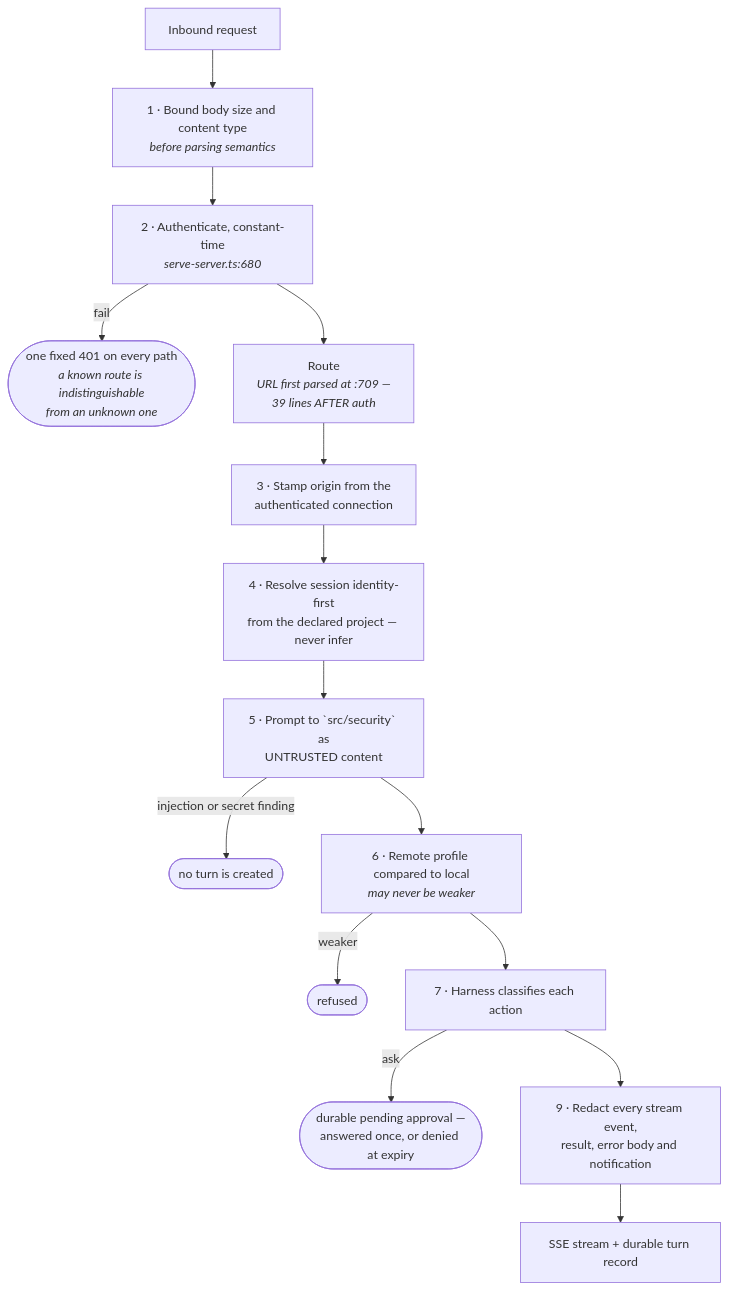
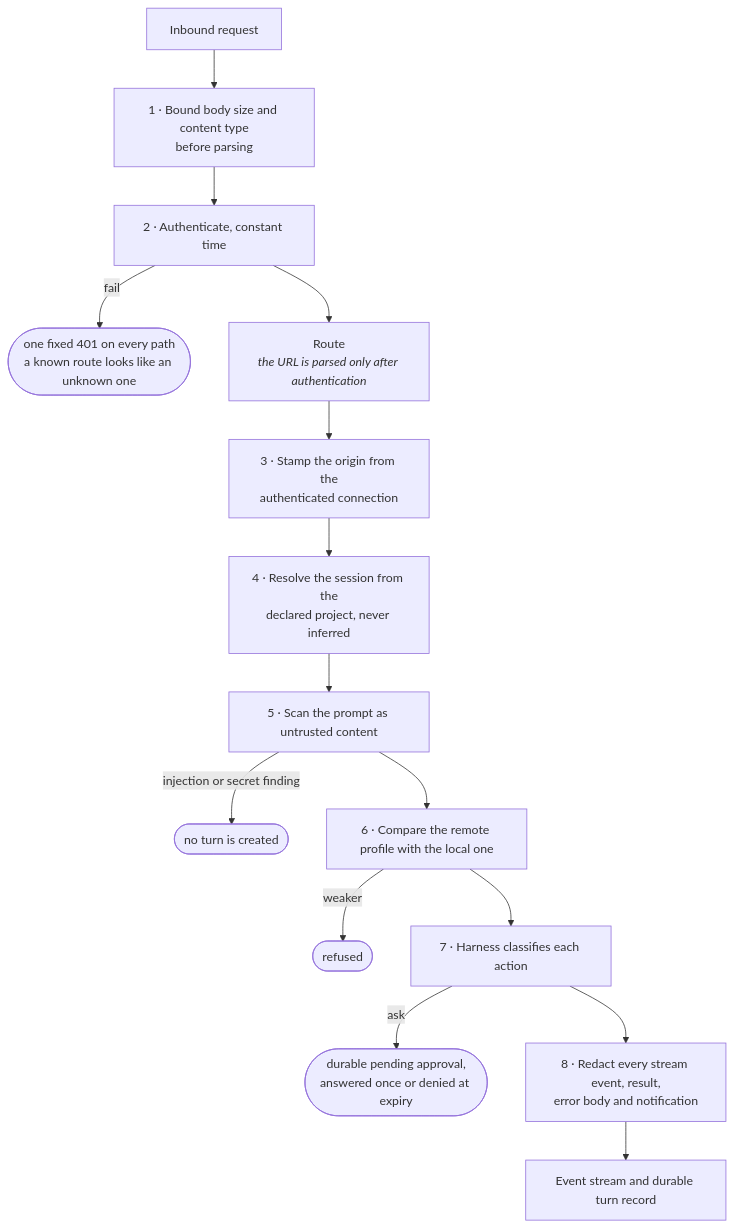
The fourth of 6 diagrams in docs/docs/architecture.md (MrCipherSmith/keryx), drawn with Mermaid before and after one commit. The commit also changed other lines of this file and 14 other files, not shown here.

First line of the commit message:
docs: install, quickstart tutorial, concepts, troubleshooting, security model; architecture, harness, limitations rewritten; onboarding and complete-setup split into new pages

````diff
--- a/docs/docs/architecture.md
+++ b/docs/docs/architecture.md
@@ -351,17 +311,17 @@
 ```mermaid
 flowchart TB
-  REQ["Inbound request"] --> B1["1 · Bound body size and content type<br/><i>before parsing semantics</i>"]
-  B1 --> B2["2 · Authenticate, constant-time<br/><i>serve-server.ts:680</i>"]
-  B2 -->|"fail"| F1(["one fixed 401 on every path<br/><i>a known route is indistinguishable<br/>from an unknown one</i>"])
-  B2 --> RT["Route<br/><i>URL first parsed at :709 —<br/>39 lines AFTER auth</i>"]
-  RT --> B3["3 · Stamp origin from the<br/>authenticated connection"]
-  B3 --> B4["4 · Resolve session identity-first<br/>from the declared project — never infer"]
-  B4 --> B5["5 · Prompt to `src/security` as<br/>UNTRUSTED content"]
+  REQ["Inbound request"] --> B1["1 · Bound body size and content type<br/>before parsing"]
+  B1 --> B2["2 · Authenticate, constant time"]
+  B2 -->|"fail"| F1(["one fixed 401 on every path<br/>a known route looks like an unknown one"])
+  B2 --> RT["Route<br/><i>the URL is parsed only after authentication</i>"]
+  RT --> B3["3 · Stamp the origin from the<br/>authenticated connection"]
+  B3 --> B4["4 · Resolve the session from the<br/>declared project, never inferred"]
+  B4 --> B5["5 · Scan the prompt as untrusted content"]
   B5 -->|"injection or secret finding"| F2(["no turn is created"])
-  B5 --> B6["6 · Remote profile compared to local<br/><i>may never be weaker</i>"]
+  B5 --> B6["6 · Compare the remote profile with the local one"]
   B6 -->|"weaker"| F3(["refused"])
   B6 --> B7["7 · Harness classifies each action"]
-  B7 -->|"ask"| F4(["durable pending approval —<br/>answered once, or denied at expiry"])
-  B7 --> B9["9 · Redact every stream event,<br/>result, error body and notification"]
-  B9 --> OUT["SSE stream + durable turn record"]
+  B7 -->|"ask"| F4(["durable pending approval,<br/>answered once or denied at expiry"])
+  B7 --> B8["8 · Redact every stream event, result,<br/>error body and notification"]
+  B8 --> OUT["Event stream and durable turn record"]
 ```
````
